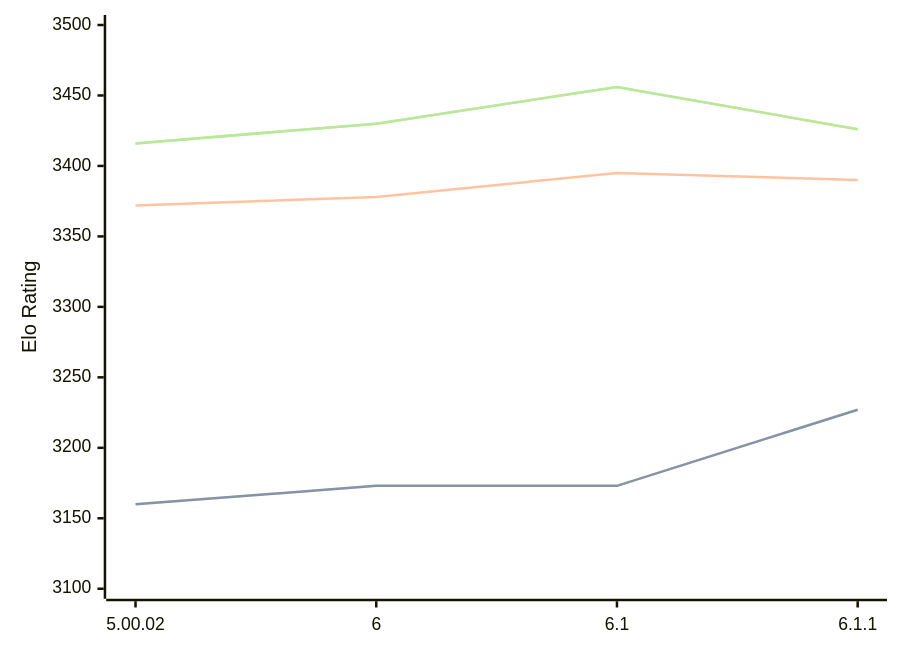
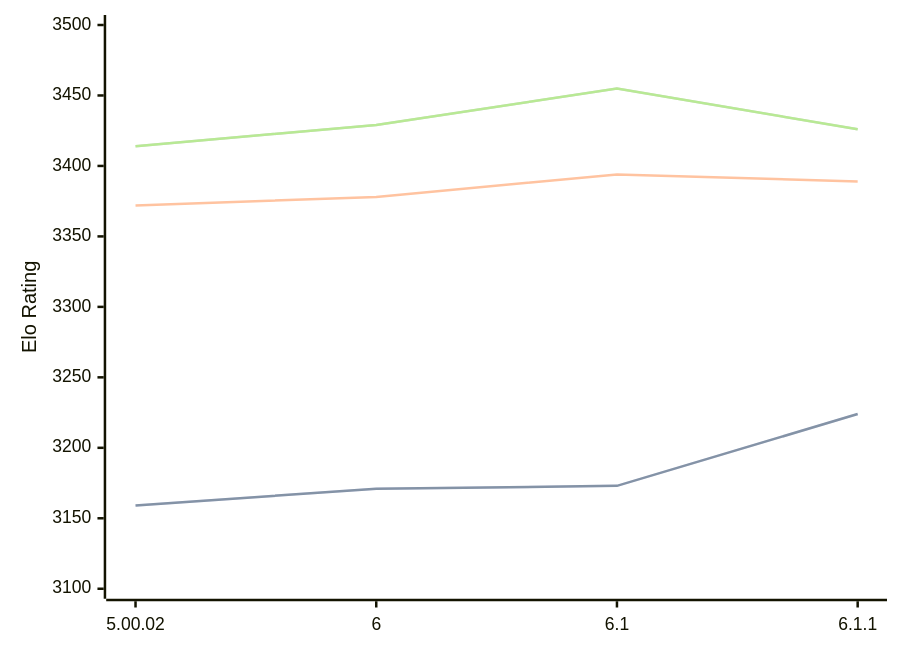
One commit to computer-chess-index/cci changed the diagram in engines/Zangdar.md. Above: the diagram before and after it, drawn with Mermaid. The commit also changed other lines of this file, not shown here.

Commit message:
Update CCI Ratings (ELO VLTC) - 2026-03-23

````diff
--- a/engines/Zangdar.md
+++ b/engines/Zangdar.md
@@ -46,11 +46,11 @@
 ```mermaid
 %%{init: {"theme":"base","themeVariables":{"seriesColors:['#a3a3a3','#222221','#faa371']}}}%%
 xychart-beta
   x-axis ["5.00.02", "6", "6.1", "6.1.1"]
   y-axis "Elo Rating" 3100 --> 3500
-  line "STC (8.0+0.08s)" [3160, 3173, 3173, 3227]
-  line "STC (8.0+0.08s)" [3160, 3173, 3173, 3227]
-  line "LTC (60.0+0.60s)" [3372, 3378, 3395, 3390]
-  line "VLTC (2m24s+1.12s)" [3416, 3430, 3456, 3426]
-  line "VLTC (2m24s+1.12s)" [3416, 3430, 3456, 3426]
+  line "STC (8.0+0.08s)" [3159, 3171, 3173, 3224]
+  line "STC (8.0+0.08s)" [3159, 3171, 3173, 3224]
+  line "LTC (60.0+0.60s)" [3372, 3378, 3394, 3389]
+  line "VLTC (2m24s+1.12s)" [3414, 3429, 3455, 3426]
+  line "VLTC (2m24s+1.12s)" [3414, 3429, 3455, 3426]
 ```
````
